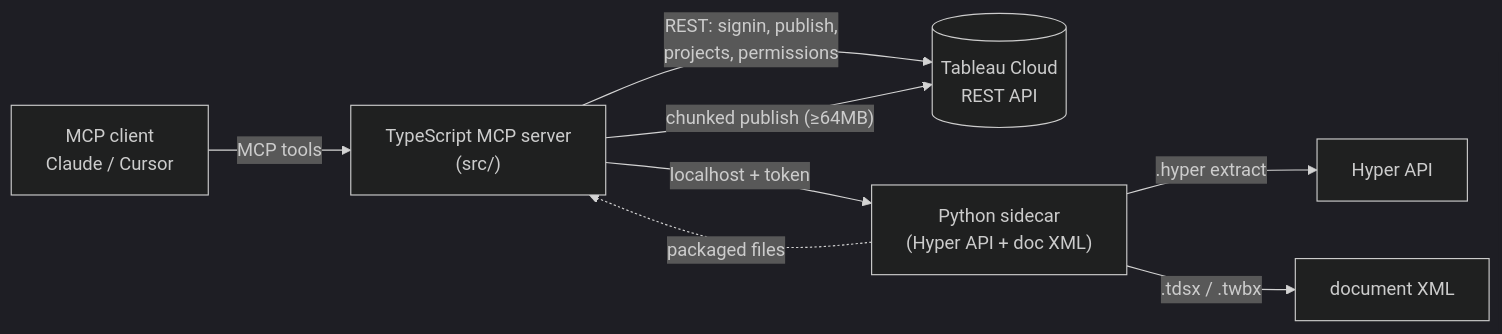
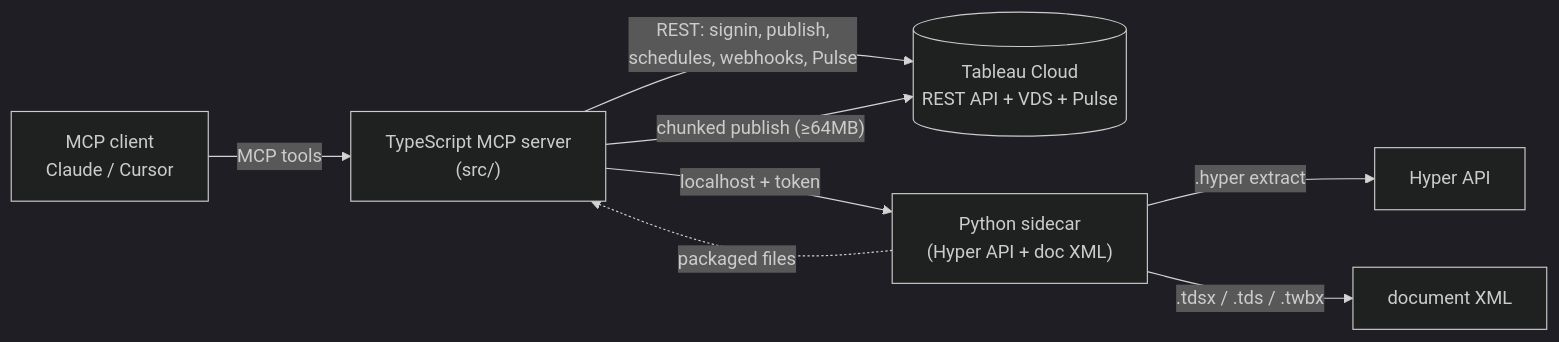
The diagram in README.md (SebAustin/tableau-mcp-publish), drawn with Mermaid (dark theme) before and after one commit. The commit also changed other lines of this file and 15 other files, not shown here.

````diff
--- a/README.md
+++ b/README.md
@@ -160,10 +281,10 @@
 ```mermaid
 flowchart LR
     AGENT["MCP client<br/>Claude / Cursor"] -->|MCP tools| TS["TypeScript MCP server<br/>(src/)"]
-    TS -->|"REST: signin, publish,<br/>projects, permissions"| REST[("Tableau Cloud<br/>REST API")]
+    TS -->|"REST: signin, publish,<br/>schedules, webhooks, Pulse"| REST[("Tableau Cloud<br/>REST API + VDS + Pulse")]
     TS -->|"localhost + token"| PY["Python sidecar<br/>(Hyper API + doc XML)"]
     PY -->|".hyper extract"| HYPER["Hyper API"]
-    PY -->|".tdsx / .twbx"| DOC["document XML"]
+    PY -->|".tdsx / .tds / .twbx"| DOC["document XML"]
     PY -.->|"packaged files"| TS
     TS -->|"chunked publish (≥64MB)"| REST
 ```
````
